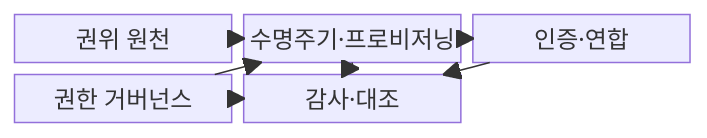
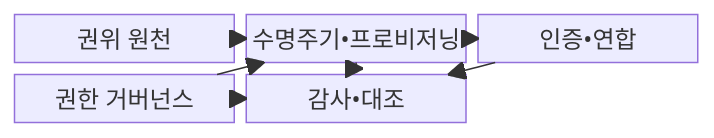
Before and after one commit to agnusdei1207/knowledge-base: the first of 2 diagrams in src/content/docs/notes/05-security/061_iam.md, drawn with Mermaid. The commit also changed other lines of this file and 953 other files, not shown here.

````diff
--- a/src/content/docs/notes/05-security/061_iam.md
+++ b/src/content/docs/notes/05-security/061_iam.md
@@ -65,15 +65,15 @@
 ```mermaid
 block-beta
   columns 3
   A["권위 원천"]
-  B["수명주기·프로비저닝"]
-  C["인증·연합"]
+  B["수명주기•프로비저닝"]
+  C["인증•연합"]
   D["권한 거버넌스"]
-  E["감사·대조"]
+  E["감사•대조"]
     A --> B
     D --> B
     B --> C
     B --> E
     C --> E
     D --> E
 ```
````
